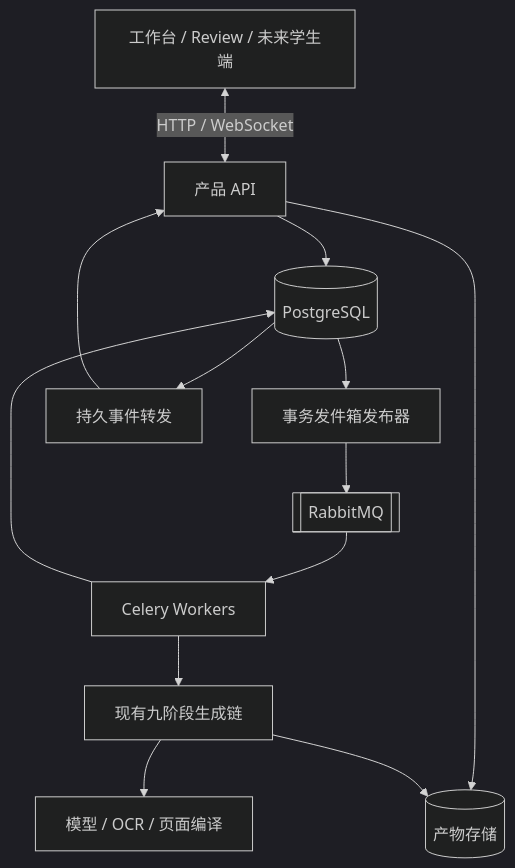
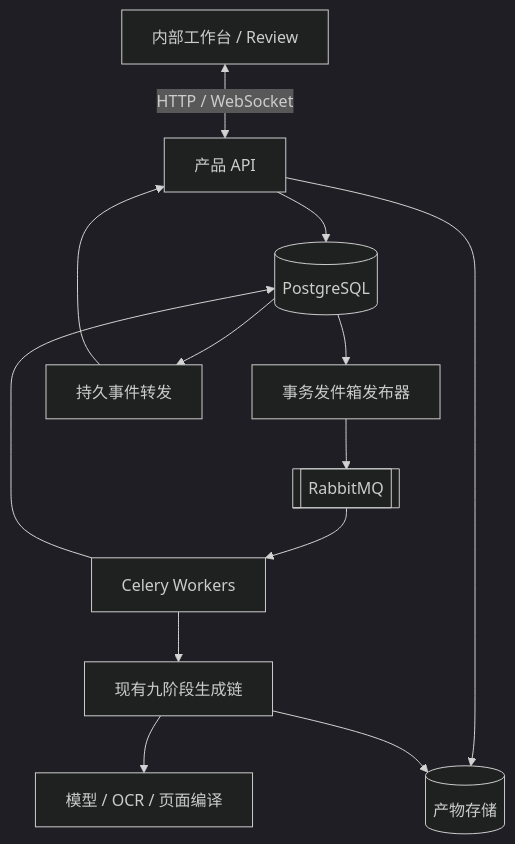
The first of 2 diagrams in docs/product-service-architecture.md (rongchenxu100/shuxueshuo), drawn with Mermaid (dark theme) before and after one commit. The commit also changed other lines of this file and 231 other files, not shown here.

````diff
--- a/docs/product-service-architecture.md
+++ b/docs/product-service-architecture.md
@@ -26,15 +23,15 @@
 ```mermaid
 flowchart TB
-    U[工作台 / Review / 未来学生端] <-->|HTTP / WebSocket| A[产品 API]
+    U[内部工作台 / Review] <-->|HTTP / WebSocket| A[产品 API]
     A --> D[(PostgreSQL)]
     A --> F[(产物存储)]
     D --> P[事务发件箱发布器]
     P --> Q[[RabbitMQ]]
     Q --> W[Celery Workers]
     W --> G[现有九阶段生成链]
     G --> L[模型 / OCR / 页面编译]
     G --> F
     W --> D
     D --> E[持久事件转发]
     E --> A
 ```
````
